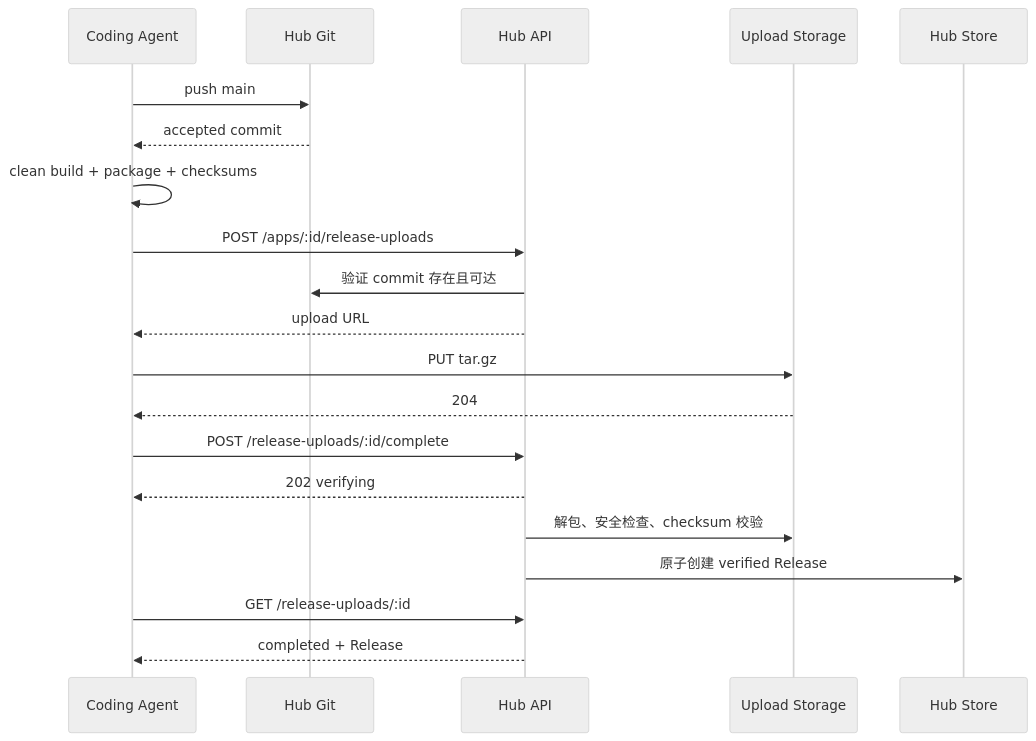
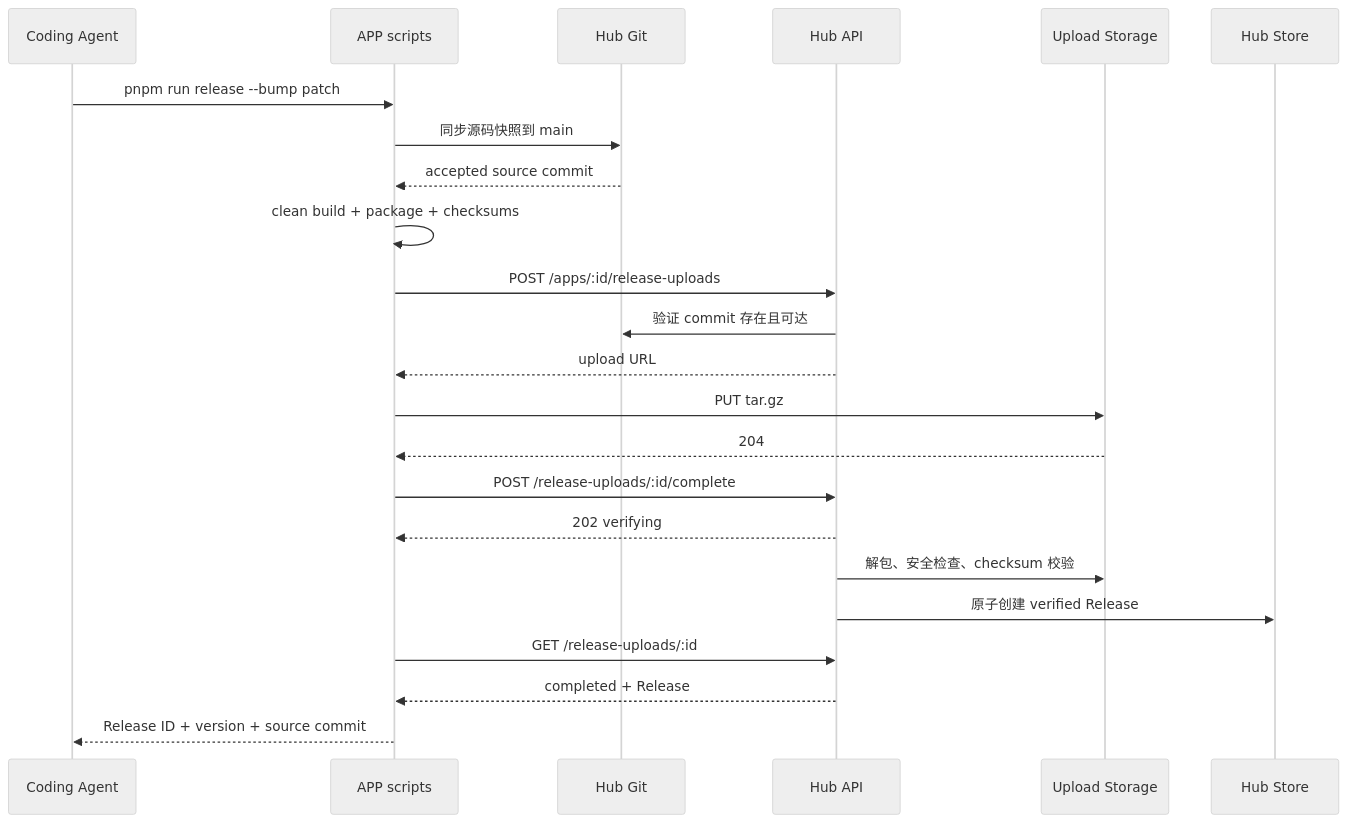
One commit to nocobase/nocobase3 changed the fifth of 6 diagrams in docs/design/hub-application-management-api.md. Above: the diagram before and after it, drawn with Mermaid (neutral theme). The commit also changed other lines of this file and 67 other files, not shown here.

````diff
--- a/docs/design/hub-application-management-api.md
+++ b/docs/design/hub-application-management-api.md
@@ -2174,23 +2193,26 @@
 ```mermaid
 sequenceDiagram
   participant Agent as Coding Agent
+  participant Scripts as APP scripts
   participant Git as Hub Git
   participant API as Hub API
   participant Upload as Upload Storage
   participant Store as Hub Store
 
-  Agent->>Git: push main
-  Git-->>Agent: accepted commit
-  Agent->>Agent: clean build + package + checksums
-  Agent->>API: POST /apps/:id/release-uploads
+  Agent->>Scripts: pnpm run release --bump patch
+  Scripts->>Git: 同步源码快照到 main
+  Git-->>Scripts: accepted source commit
+  Scripts->>Scripts: clean build + package + checksums
+  Scripts->>API: POST /apps/:id/release-uploads
   API->>Git: 验证 commit 存在且可达
-  API-->>Agent: upload URL
-  Agent->>Upload: PUT tar.gz
-  Upload-->>Agent: 204
-  Agent->>API: POST /release-uploads/:id/complete
-  API-->>Agent: 202 verifying
+  API-->>Scripts: upload URL
+  Scripts->>Upload: PUT tar.gz
+  Upload-->>Scripts: 204
+  Scripts->>API: POST /release-uploads/:id/complete
+  API-->>Scripts: 202 verifying
   API->>Upload: 解包、安全检查、checksum 校验
   API->>Store: 原子创建 verified Release
-  Agent->>API: GET /release-uploads/:id
-  API-->>Agent: completed + Release
+  Scripts->>API: GET /release-uploads/:id
+  API-->>Scripts: completed + Release
+  Scripts-->>Agent: Release ID + version + source commit
 ```
````
